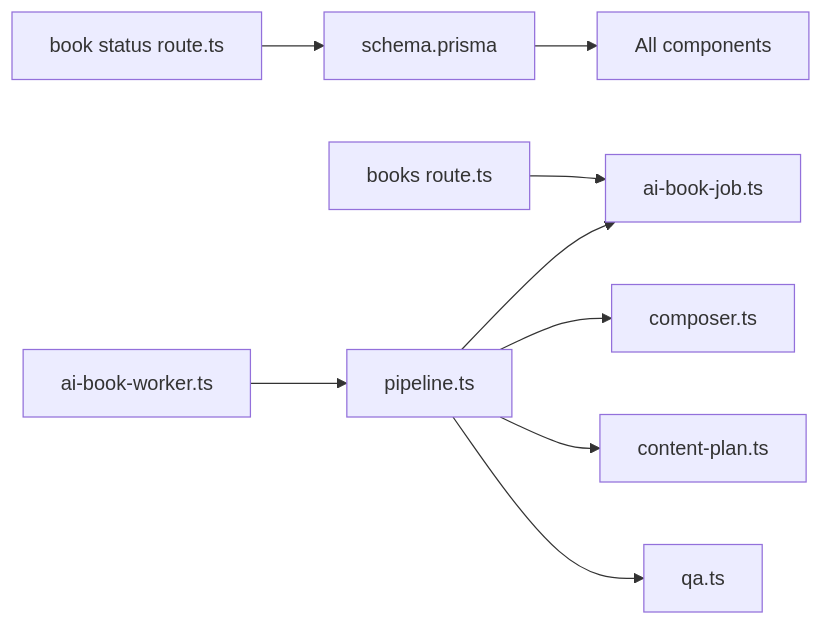
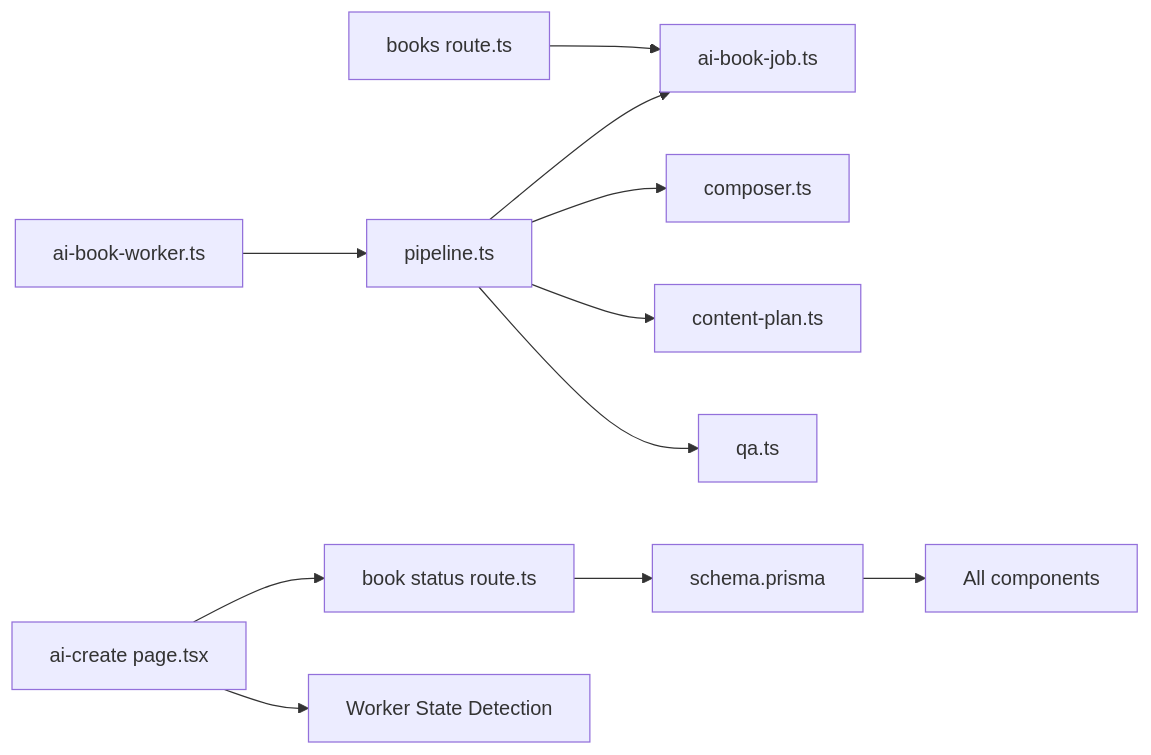
Before and after one commit to Crowdspender/titchybooks-app: diagram 13 of 13 in .qoder/repowiki/en/content/Architecture Overview/AI Book Generation System.md, drawn with Mermaid. The commit also changed other lines of this file and 13 other files, not shown here.

````diff
--- a/.qoder/repowiki/en/content/Architecture Overview/AI Book Generation System.md
+++ b/.qoder/repowiki/en/content/Architecture Overview/AI Book Generation System.md
@@ -406,11 +460,13 @@
 ```mermaid
 graph LR
 BooksAPI["books route.ts"] --> JobLib["ai-book-job.ts"]
 StatusAPI["book status route.ts"] --> DBModel["Prisma models"]
 Worker["ai-book-worker.ts"] --> Pipeline["pipeline.ts"]
 Pipeline --> JobLib
 Pipeline --> Composer["composer.ts"]
 Pipeline --> ContentPlan["content-plan.ts"]
 Pipeline --> QA["qa.ts"]
+UI["ai-create page.tsx"] --> StatusAPI
+UI --> WorkerDetection["Worker State Detection"]
 DBModel["schema.prisma"] --> All["All components"]
 ```
````
